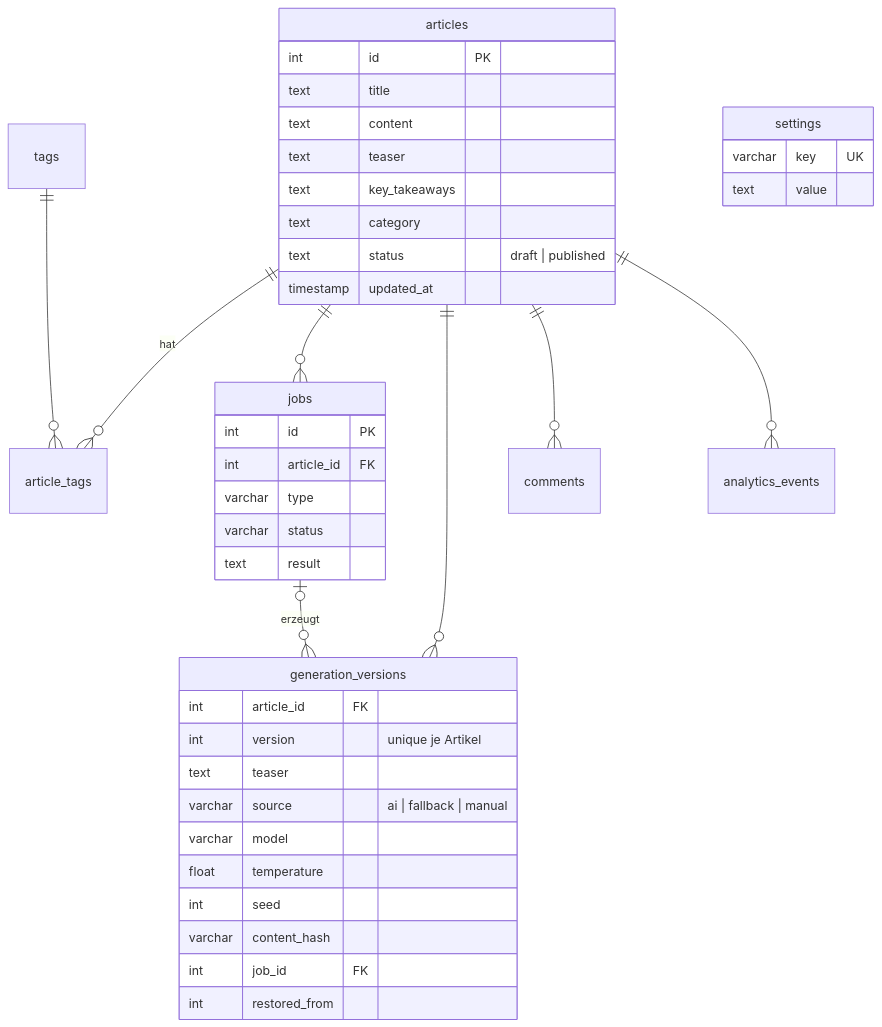
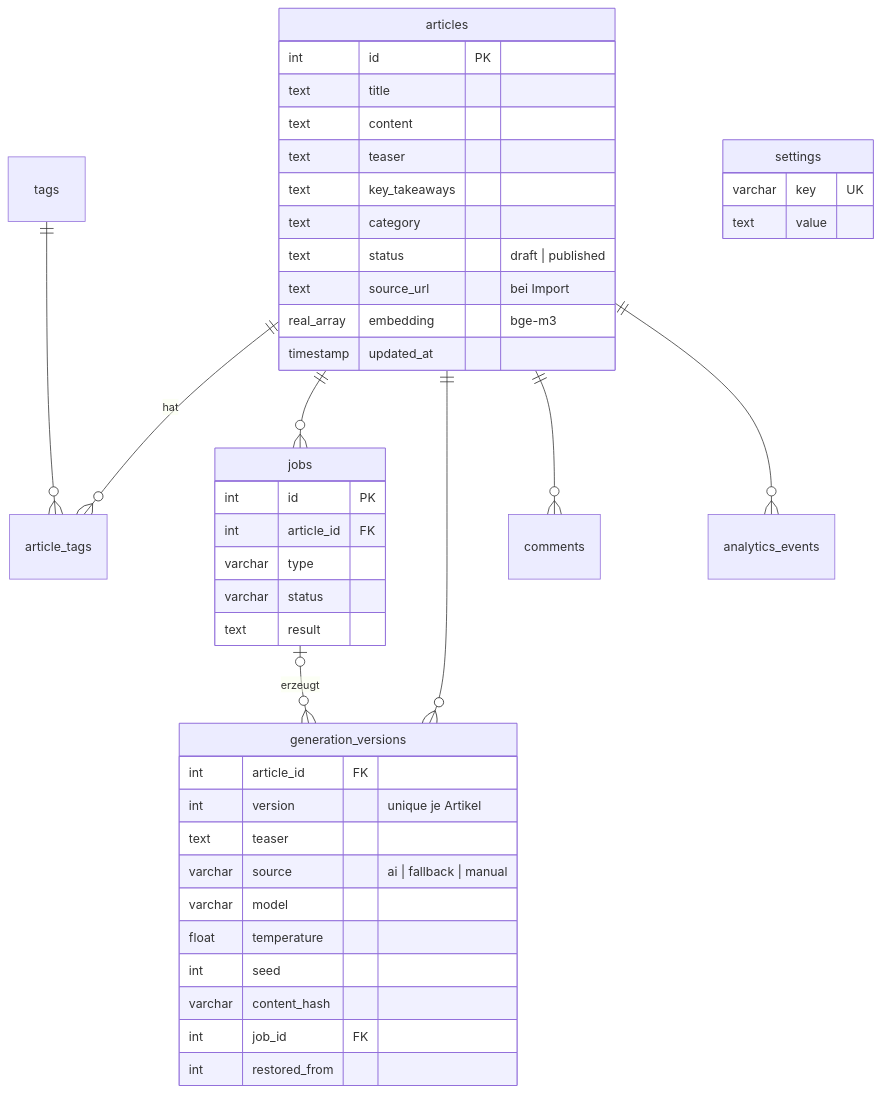
Before and after one commit to dwindischbauer/wb-newsfeed: the fourth of 4 diagrams in docs/architektur.md, drawn with Mermaid. The commit also changed other lines of this file and 4 other files, not shown here.

Commit message:
docs: rewrite readme and architecture

````diff
--- a/docs/architektur.md
+++ b/docs/architektur.md
@@ -136,44 +204,46 @@
 ```mermaid
 erDiagram
     articles ||--o{ article_tags : hat
     tags ||--o{ article_tags : ""
     articles ||--o{ jobs : ""
     articles ||--o{ generation_versions : ""
     jobs |o--o{ generation_versions : erzeugt
     articles ||--o{ comments : ""
     articles ||--o{ analytics_events : ""
 
     articles {
         int id PK
         text title
         text content
         text teaser
         text key_takeaways
         text category
         text status "draft | published"
+        text source_url "bei Import"
+        real_array embedding "bge-m3"
         timestamp updated_at
     }
     generation_versions {
         int article_id FK
         int version "unique je Artikel"
         text teaser
         varchar source "ai | fallback | manual"
         varchar model
         float temperature
         int seed
         varchar content_hash
         int job_id FK
         int restored_from
     }
     jobs {
         int id PK
         int article_id FK
         varchar type
         varchar status
         text result
     }
     settings {
         varchar key UK
         text value
     }
 ```
````
